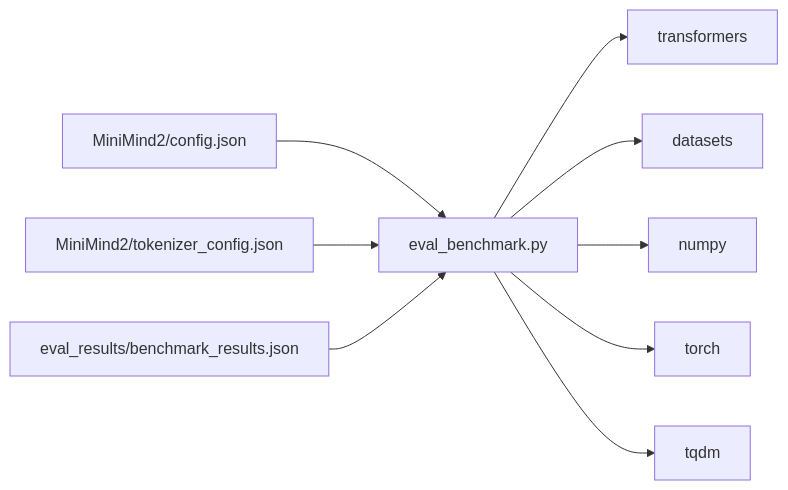
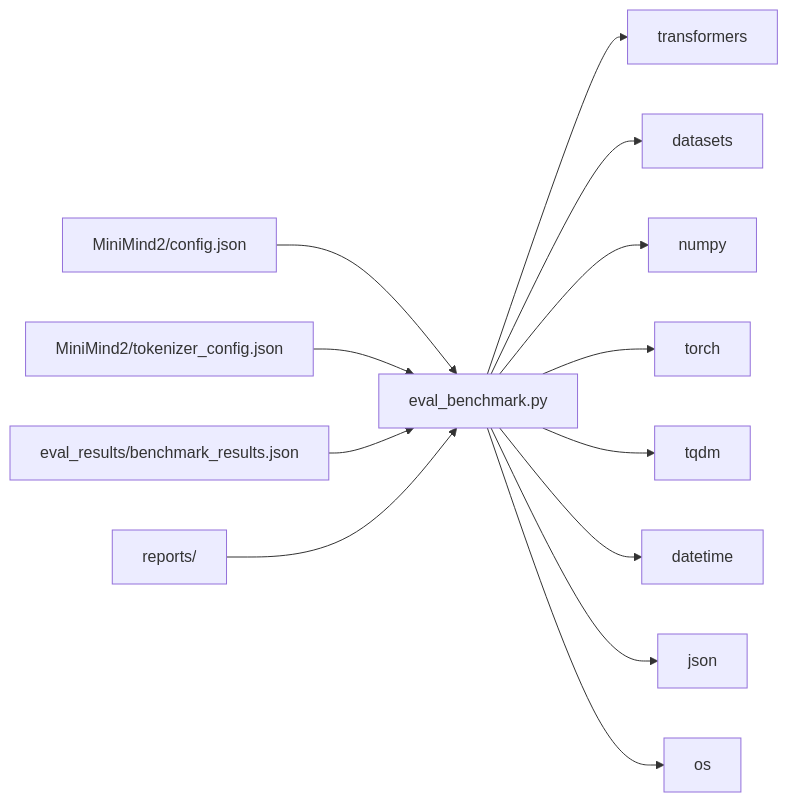
One commit to shiyukonghui/minimind changed the ninth of 9 diagrams in .qoder/repowiki/zh/content/实验与评估/基准测试.md. Above: the diagram before and after it, drawn with Mermaid. The commit also changed other lines of this file and 5 other files, not shown here.

````diff
--- a/.qoder/repowiki/zh/content/实验与评估/基准测试.md
+++ b/.qoder/repowiki/zh/content/实验与评估/基准测试.md
@@ -294,11 +354,15 @@
 ```mermaid
 graph LR
 Eval["eval_benchmark.py"] --> T["transformers"]
 Eval --> D["datasets"]
 Eval --> NP["numpy"]
 Eval --> PT["torch"]
 Eval --> TR["tqdm"]
+Eval --> DT["datetime"]
+Eval --> JS["json"]
+Eval --> OS["os"]
 HF["MiniMind2/config.json"] --> Eval
 TK["MiniMind2/tokenizer_config.json"] --> Eval
 RES["eval_results/benchmark_results.json"] --> Eval
+REP["reports/"] --> Eval
 ```
````
